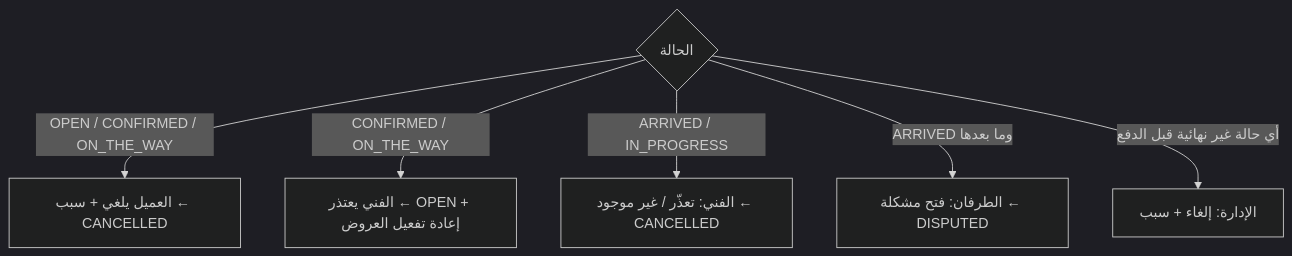
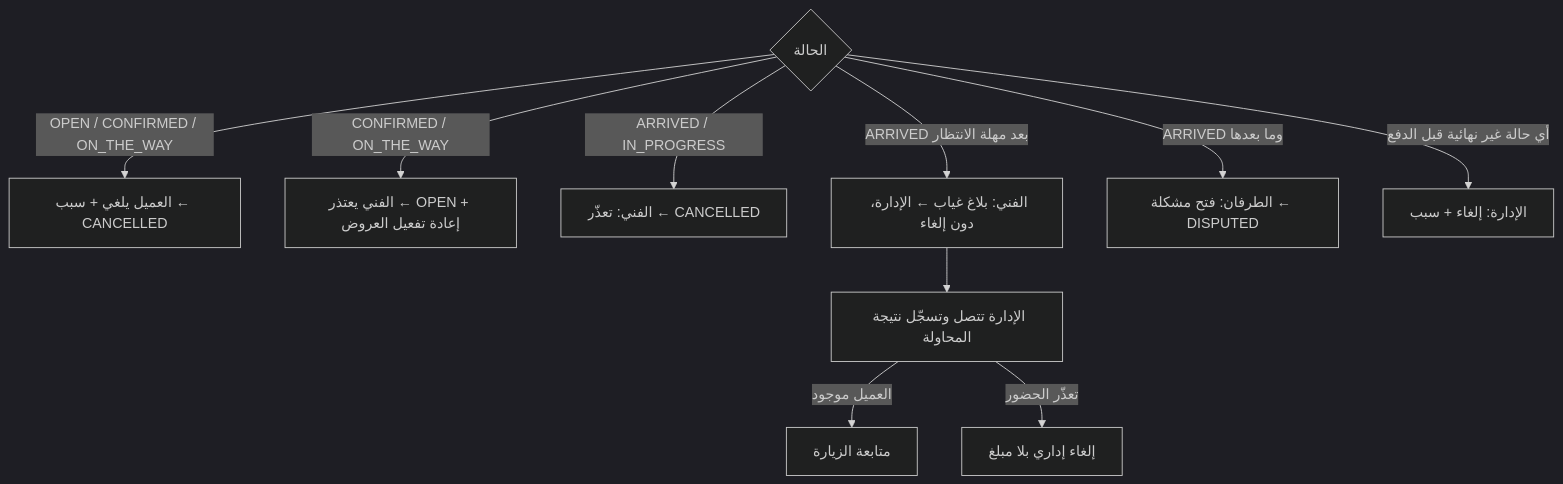
One commit to ma7modGamel/bzr.noox.test changed the diagram in docs/13-CANCELLATION-FLOW.md. Above: the diagram before and after it, drawn with Mermaid (dark theme). The commit also changed other lines of this file and 2818 other files, not shown here.

````diff
--- a/docs/13-CANCELLATION-FLOW.md
+++ b/docs/13-CANCELLATION-FLOW.md
@@ -26,8 +26,12 @@
 ```mermaid
 flowchart TD
   A{الحالة} -->|OPEN / CONFIRMED / ON_THE_WAY| B[العميل يلغي + سبب ← CANCELLED]
   A -->|CONFIRMED / ON_THE_WAY| C[الفني يعتذر ← OPEN + إعادة تفعيل العروض]
-  A -->|ARRIVED / IN_PROGRESS| D[الفني: تعذّر / غير موجود ← CANCELLED]
+  A -->|ARRIVED / IN_PROGRESS| D[الفني: تعذّر ← CANCELLED]
+  A -->|ARRIVED بعد مهلة الانتظار| G[الفني: بلاغ غياب ← الإدارة، دون إلغاء]
+  G --> H[الإدارة تتصل وتسجّل نتيجة المحاولة]
+  H -->|العميل موجود| I[متابعة الزيارة]
+  H -->|تعذّر الحضور| J[إلغاء إداري بلا مبلغ]
   A -->|ARRIVED وما بعدها| E[الطرفان: فتح مشكلة ← DISPUTED]
   A -->|أي حالة غير نهائية قبل الدفع| F[الإدارة: إلغاء + سبب]
 ```
````
